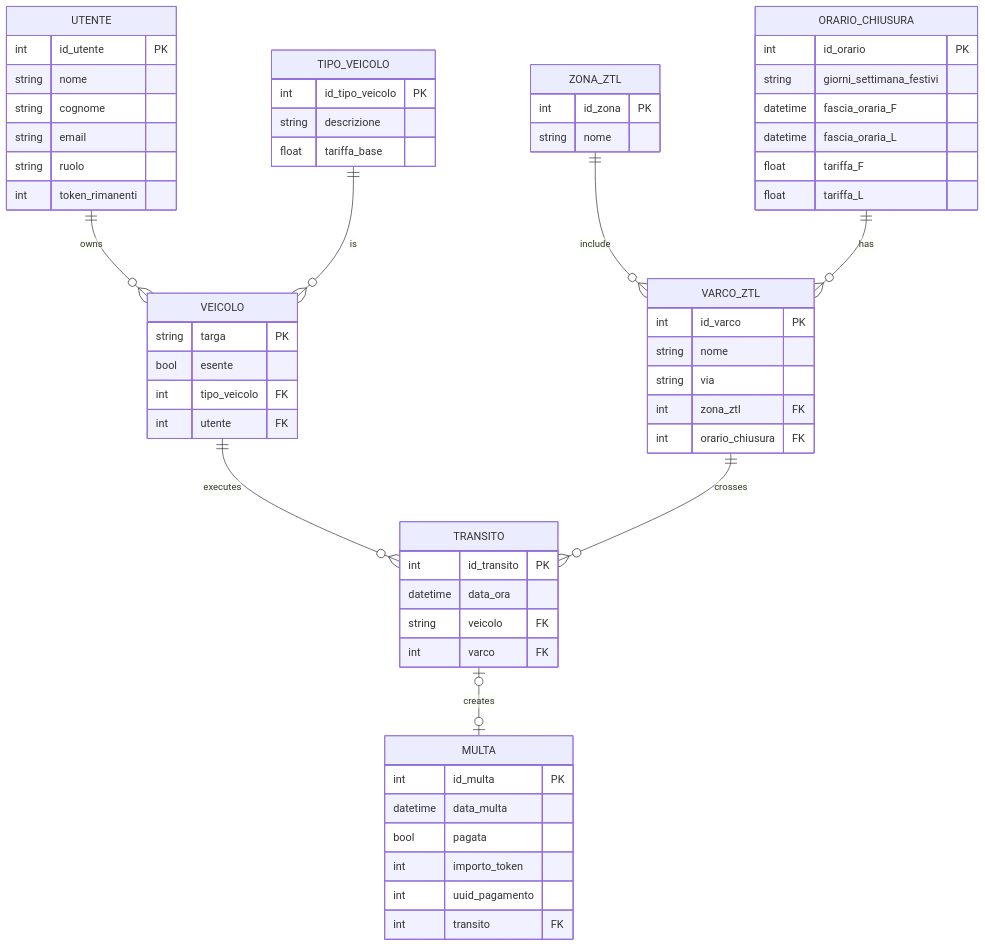
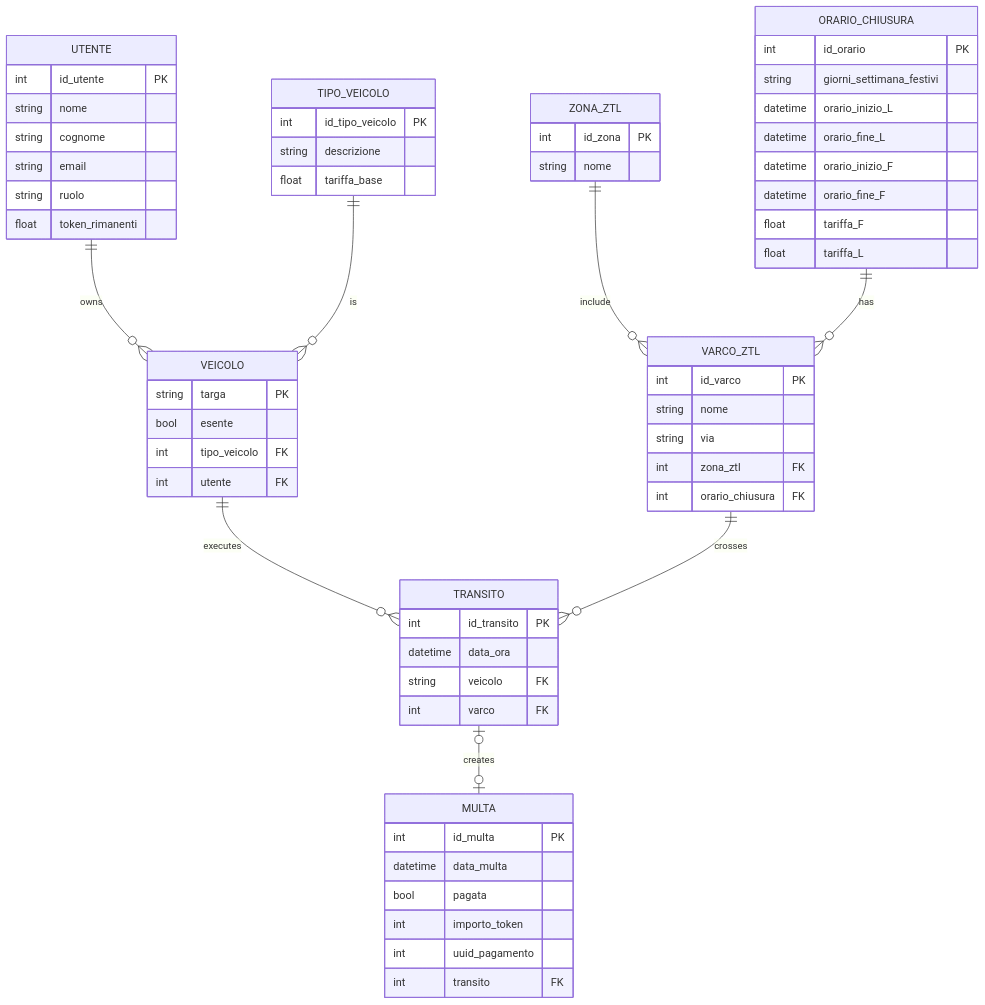
The third of 3 diagrams in README.md (Arianna6400/Adv_Prog), drawn with Mermaid before and after one commit. The commit also changed 5 other files, not shown here.

````diff
--- a/README.md
+++ b/README.md
@@ -71,70 +71,72 @@
 ```mermaid
 erDiagram
     TIPO_VEICOLO {
         int id_tipo_veicolo PK
         string descrizione 
         float tariffa_base
     }
 
     VEICOLO {
         string targa PK
         bool esente
         int tipo_veicolo FK
         int utente FK
     }
 
     TRANSITO {
         int id_transito PK
         datetime data_ora
         string veicolo FK
         int varco FK
     }
 
     MULTA {
         int id_multa PK
         datetime data_multa
         bool pagata
         int importo_token
         int uuid_pagamento
         int transito FK
     }
 
     UTENTE {
         int id_utente PK
         string nome
         string cognome
         string email
         string ruolo
-        int token_rimanenti
+        float token_rimanenti
     }
 
     ZONA_ZTL {
         int id_zona PK
         string nome
     }
 
     VARCO_ZTL {
         int id_varco PK
         string nome
         string via
         int zona_ztl FK
         int orario_chiusura FK
     }
 
     ORARIO_CHIUSURA {
         int id_orario PK
         string giorni_settimana_festivi
-        datetime fascia_oraria_F
-        datetime fascia_oraria_L
+        datetime orario_inizio_L
+        datetime orario_fine_L
+        datetime orario_inizio_F
+        datetime orario_fine_F
         float tariffa_F
         float tariffa_L
     }
 
     UTENTE ||--o{ VEICOLO : "owns"
     TIPO_VEICOLO ||--o{ VEICOLO : "is"
     VEICOLO ||--o{ TRANSITO : "executes"
     TRANSITO |o--o| MULTA : "creates"
     ZONA_ZTL ||--o{ VARCO_ZTL : "include"
     ORARIO_CHIUSURA ||--o{ VARCO_ZTL : "has"
     VARCO_ZTL ||--o{ TRANSITO : "crosses"
 ```
````
